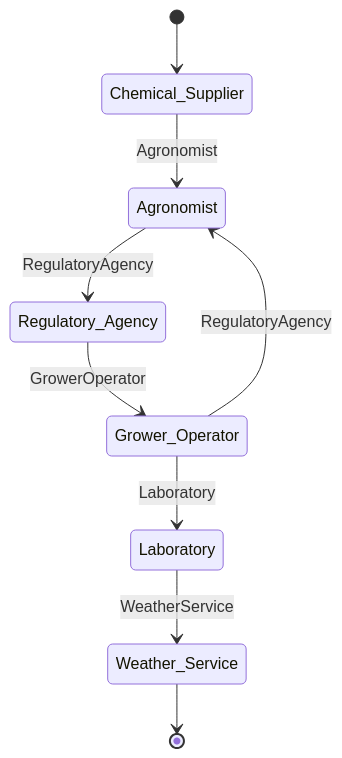
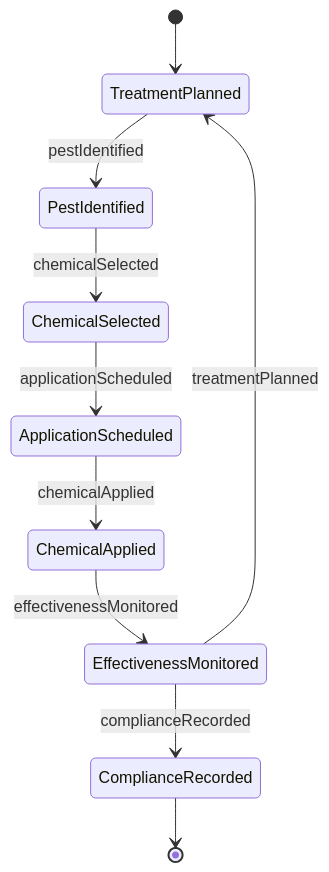
One commit to dot-org-ai/tasks.org.ai changed the second of 4 diagrams in HandlingAndMovingObjects/ApplyProtectiveSolutionsOrCoatings/ApplyChemicalSolutionsPlantsProtect.mdx. Above: the diagram before and after it, drawn with Mermaid. The commit also changed other lines of this file and 40 other files, not shown here.

First line of the commit message:
fix: Replace Actor-based ER and State diagrams with Entity/Event-based diagrams in 41 HandlingAndMovingObjects DWA files

````diff
--- a/HandlingAndMovingObjects/ApplyProtectiveSolutionsOrCoatings/ApplyChemicalSolutionsPlantsProtect.mdx
+++ b/HandlingAndMovingObjects/ApplyProtectiveSolutionsOrCoatings/ApplyChemicalSolutionsPlantsProtect.mdx
@@ -101,11 +99,12 @@
 ```mermaid
 stateDiagram-v2
-    [*] --> Chemical_Supplier
-    Chemical_Supplier --> Agronomist: Agronomist
-    Agronomist --> Regulatory_Agency: RegulatoryAgency
-    Regulatory_Agency --> Grower_Operator: GrowerOperator
-    Grower_Operator --> Laboratory: Laboratory
-    Laboratory --> Weather_Service: WeatherService
-    Grower_Operator --> Agronomist: RegulatoryAgency
-    Weather_Service --> [*]
+    [*] --> TreatmentPlanned
+    TreatmentPlanned --> PestIdentified : pestIdentified
+    PestIdentified --> ChemicalSelected : chemicalSelected
+    ChemicalSelected --> ApplicationScheduled : applicationScheduled
+    ApplicationScheduled --> ChemicalApplied : chemicalApplied
+    ChemicalApplied --> EffectivenessMonitored : effectivenessMonitored
+    EffectivenessMonitored --> ComplianceRecorded : complianceRecorded
+    EffectivenessMonitored --> TreatmentPlanned : treatmentPlanned
+    ComplianceRecorded --> [*]
 ```
````
